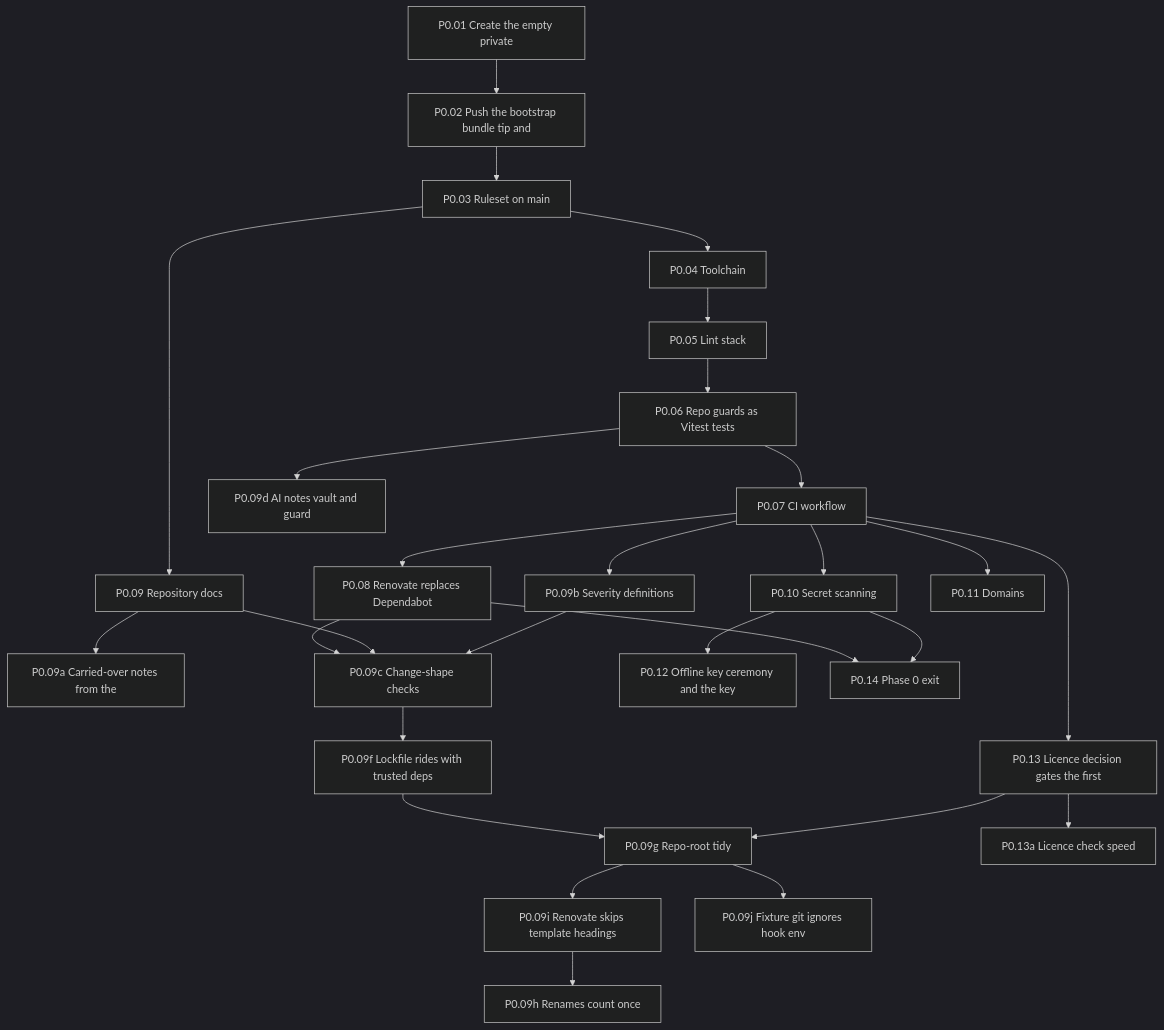
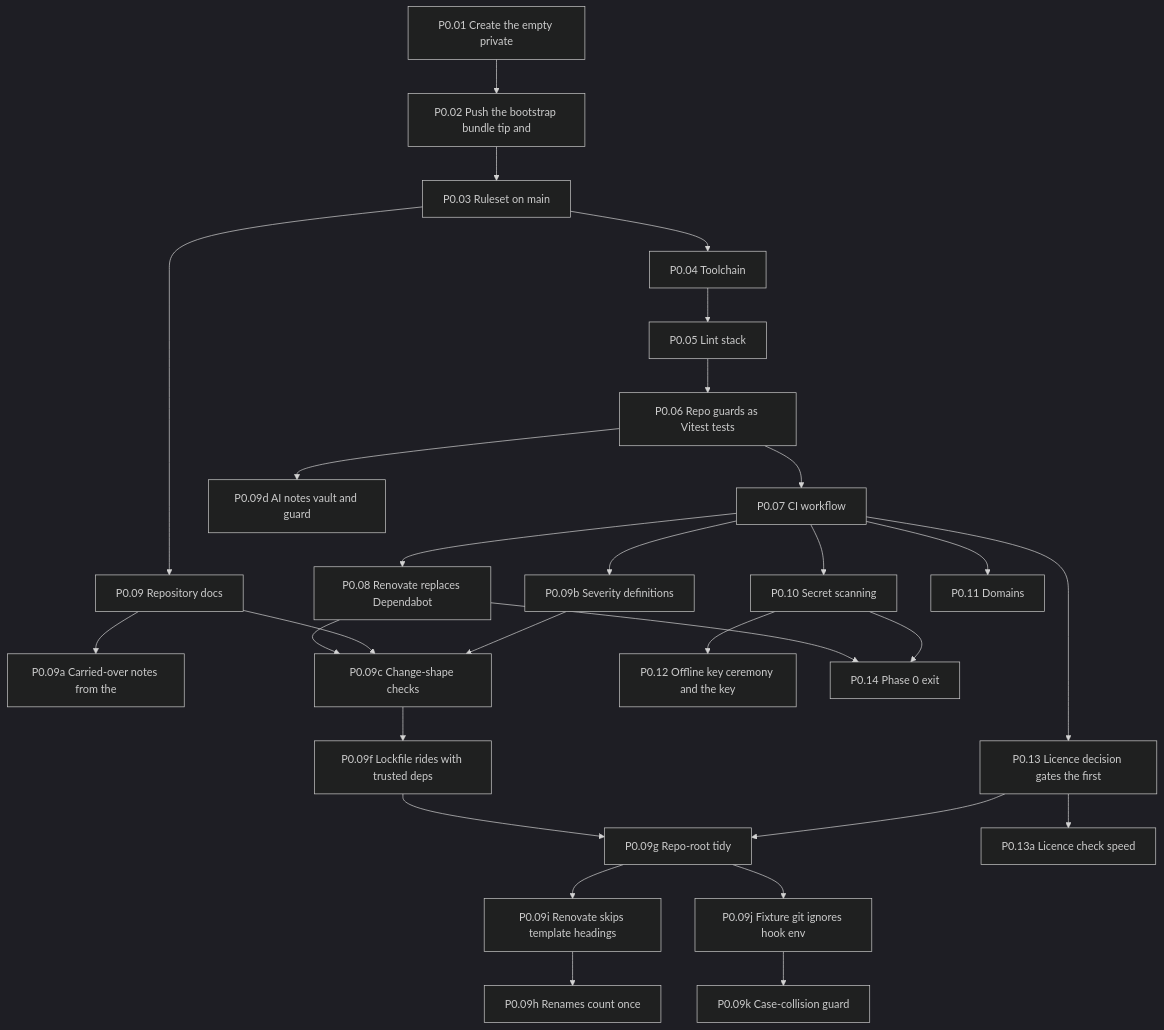
Before and after one commit to Undefined6799/unset: the first of 11 diagrams in docs/ai/book/01-outline.md, drawn with Mermaid (dark theme). The commit also changed other lines of this file and 13 other files, not shown here.

First line of the commit message:
P0.09k Add the case-collision guard

````diff
--- a/docs/ai/book/01-outline.md
+++ b/docs/ai/book/01-outline.md
@@ -55,54 +56,56 @@
 ```mermaid
 flowchart TD
   P0_01["P0.01 Create the empty private"]
   P0_02["P0.02 Push the bootstrap bundle tip and"]
   P0_03["P0.03 Ruleset on main"]
   P0_04["P0.04 Toolchain"]
   P0_05["P0.05 Lint stack"]
   P0_06["P0.06 Repo guards as Vitest tests"]
   P0_07["P0.07 CI workflow"]
   P0_08["P0.08 Renovate replaces Dependabot"]
   P0_09["P0.09 Repository docs"]
   P0_09a["P0.09a Carried-over notes from the"]
   P0_09b["P0.09b Severity definitions"]
   P0_09c["P0.09c Change-shape checks"]
   P0_09d["P0.09d AI notes vault and guard"]
   P0_09f["P0.09f Lockfile rides with trusted deps"]
   P0_09g["P0.09g Repo-root tidy"]
   P0_09h["P0.09h Renames count once"]
   P0_09i["P0.09i Renovate skips template headings"]
   P0_09j["P0.09j Fixture git ignores hook env"]
+  P0_09k["P0.09k Case-collision guard"]
   P0_10["P0.10 Secret scanning"]
   P0_11["P0.11 Domains"]
   P0_12["P0.12 Offline key ceremony and the key"]
   P0_13["P0.13 Licence decision gates the first"]
   P0_13a["P0.13a Licence check speed"]
   P0_14["P0.14 Phase 0 exit"]
   P0_01 --> P0_02
   P0_02 --> P0_03
   P0_03 --> P0_04
   P0_04 --> P0_05
   P0_05 --> P0_06
   P0_06 --> P0_07
   P0_07 --> P0_08
   P0_03 --> P0_09
   P0_09 --> P0_09a
   P0_07 --> P0_09b
   P0_08 --> P0_09c
   P0_09 --> P0_09c
   P0_09b --> P0_09c
   P0_06 --> P0_09d
   P0_09c --> P0_09f
   P0_09f --> P0_09g
   P0_13 --> P0_09g
   P0_09g --> P0_09i
   P0_09g --> P0_09j
   P0_09i --> P0_09h
+  P0_09j --> P0_09k
   P0_07 --> P0_10
   P0_07 --> P0_11
   P0_10 --> P0_12
   P0_07 --> P0_13
   P0_13 --> P0_13a
   P0_08 --> P0_14
   P0_10 --> P0_14
 ```
````
